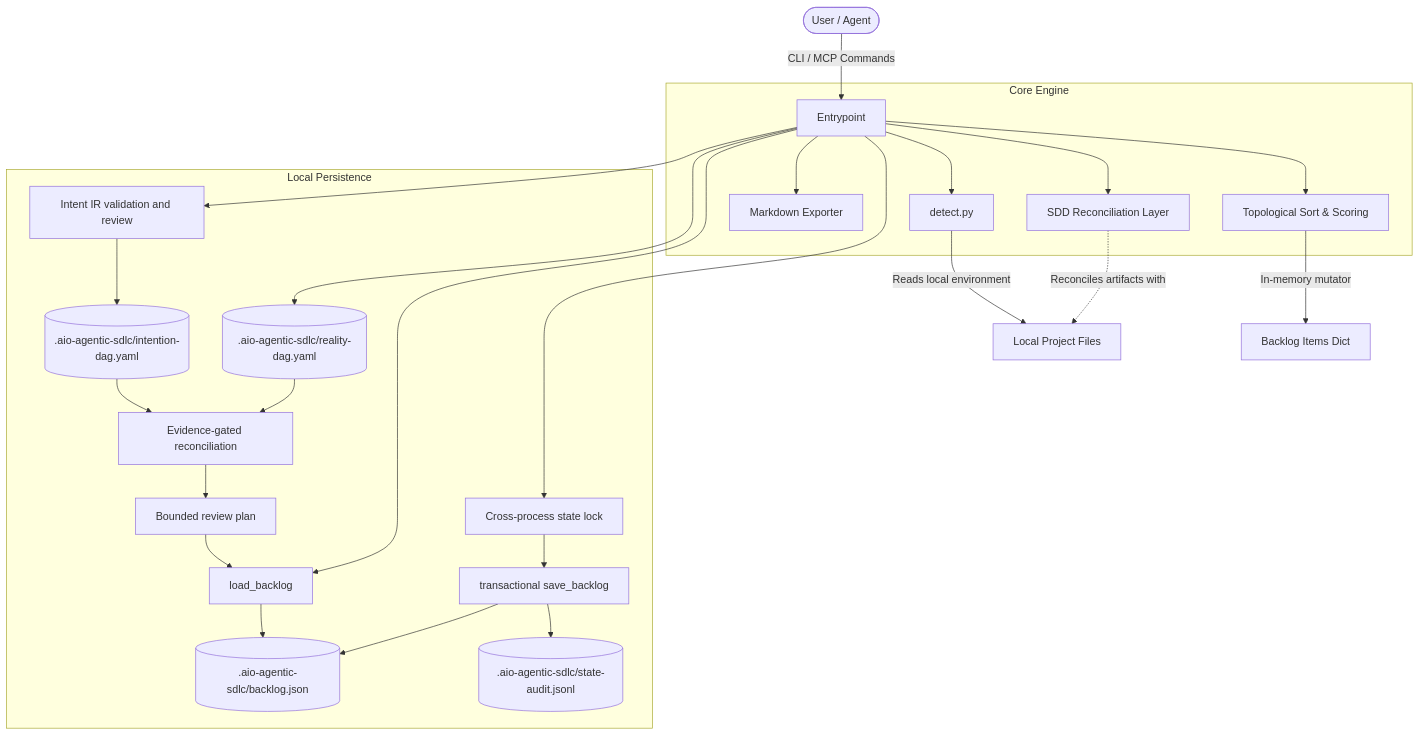
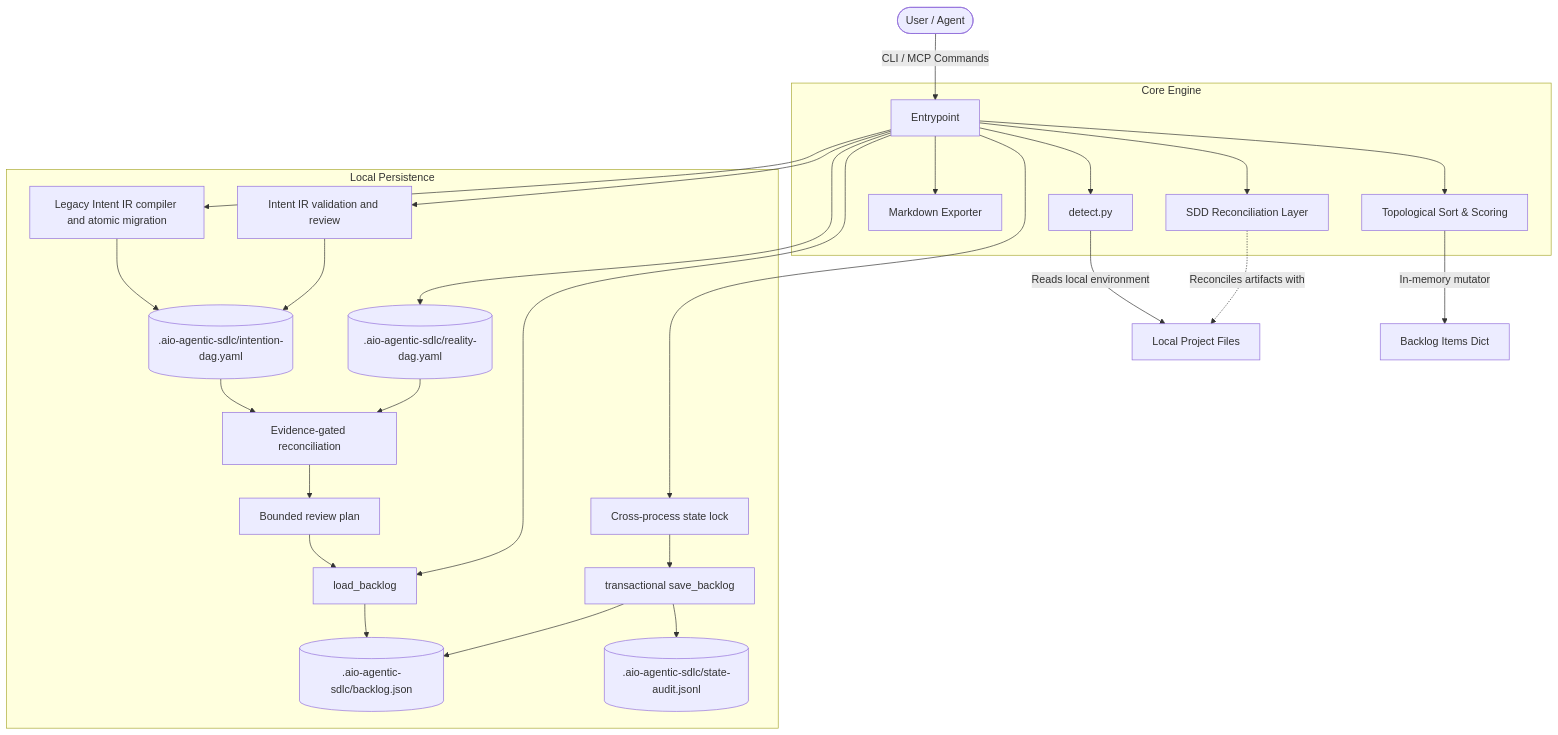
Before and after one commit to aegolius-labs/agentic-backlog-cli: the diagram in doc/architecture.md, drawn with Mermaid. The commit also changed other lines of this file and 21 other files, not shown here.

First line of the commit message:
feat(intent): complete legacy Intent IR migration (#79)

````diff
--- a/doc/architecture.md
+++ b/doc/architecture.md
@@ -30,31 +30,33 @@
 ```mermaid
 graph TD
     User([User / Agent]) -->|CLI / MCP Commands| CLI[Entrypoint]
     
     subgraph Core Engine
         CLI --> Detect[detect.py]
         CLI --> Sort[Topological Sort & Scoring]
         CLI --> Export[Markdown Exporter]
         CLI --> SDDRecon[SDD Reconciliation Layer]
     end
     
     subgraph Local Persistence
         CLI --> IntentReview[Intent IR validation and review]
+        CLI --> IntentMigration[Legacy Intent IR compiler and atomic migration]
+        IntentMigration --> Intent
         IntentReview --> Intent[(.aio-agentic-sdlc/intention-dag.yaml)]
         CLI --> Reality[(.aio-agentic-sdlc/reality-dag.yaml)]
         Intent --> Reconcile[Evidence-gated reconciliation]
         Reality --> Reconcile
         Reconcile --> SafePlan[Bounded review plan]
         SafePlan --> ReadJSON
         CLI --> ReadJSON[load_backlog]
         ReadJSON --> FileDB[(.aio-agentic-sdlc/backlog.json)]
         CLI --> Lock[Cross-process state lock]
         Lock --> WriteJSON[transactional save_backlog]
         WriteJSON --> FileDB
         WriteJSON --> Audit[(.aio-agentic-sdlc/state-audit.jsonl)]
     end
 
     Detect -->|Reads local environment| Workspace[Local Project Files]
     SDDRecon -.->|Reconciles artifacts with| Workspace
     Sort -->|In-memory mutator| Items[Backlog Items Dict]
 ```
````
